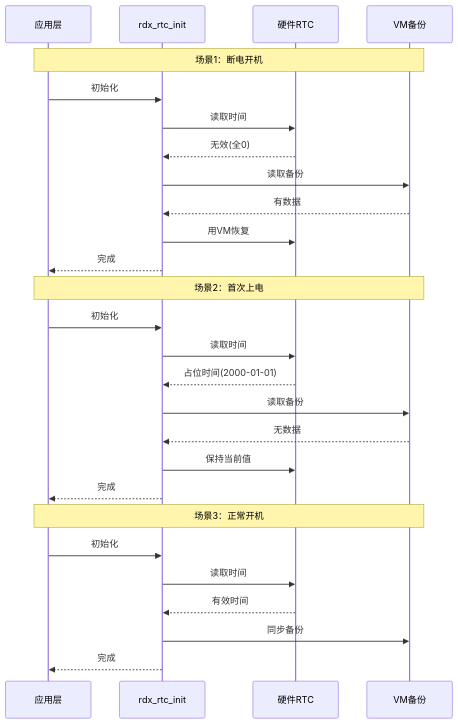
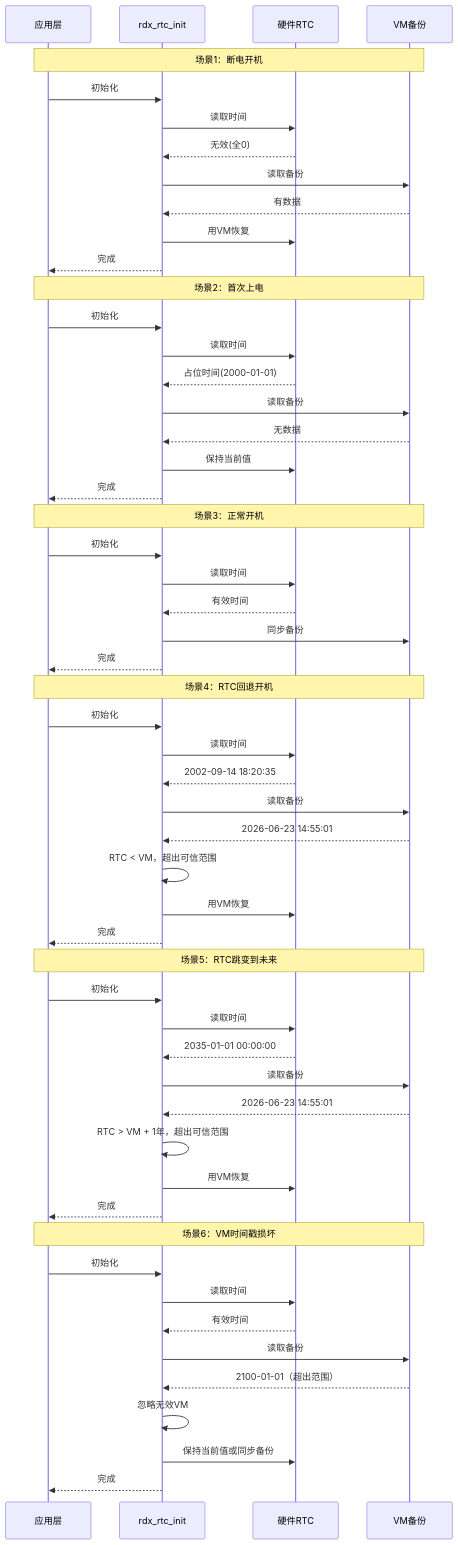
One commit to HK-bruc1/Work-Report changed the fifth of 26 diagrams in 杰理相关/潮汐SDK/1.时钟与RTC/6.RTC的应用最佳实践.md. Above: the diagram before and after it, drawn with Mermaid. The commit also changed other lines of this file and 3 other files, not shown here.

````diff
--- a/杰理相关/潮汐SDK/1.时钟与RTC/6.RTC的应用最佳实践.md
+++ b/杰理相关/潮汐SDK/1.时钟与RTC/6.RTC的应用最佳实践.md
@@ -142,32 +201,62 @@
 ```mermaid
 sequenceDiagram
     participant App as 应用层
     participant Init as rdx_rtc_init
     participant HW as 硬件RTC
     participant VM as VM备份
 
     Note over App,VM: 场景1：断电开机
     App->>Init: 初始化
     Init->>HW: 读取时间
     HW-->>Init: 无效(全0)
     Init->>VM: 读取备份
     VM-->>Init: 有数据
     Init->>HW: 用VM恢复
     Init-->>App: 完成
 
     Note over App,VM: 场景2：首次上电
     App->>Init: 初始化
     Init->>HW: 读取时间
     HW-->>Init: 占位时间(2000-01-01)
     Init->>VM: 读取备份
     VM-->>Init: 无数据
     Init->>HW: 保持当前值
     Init-->>App: 完成
 
     Note over App,VM: 场景3：正常开机
     App->>Init: 初始化
     Init->>HW: 读取时间
     HW-->>Init: 有效时间
     Init->>VM: 同步备份
     Init-->>App: 完成
+
+    Note over App,VM: 场景4：RTC回退开机
+    App->>Init: 初始化
+    Init->>HW: 读取时间
+    HW-->>Init: 2002-09-14 18:20:35
+    Init->>VM: 读取备份
+    VM-->>Init: 2026-06-23 14:55:01
+    Init->>Init: RTC < VM，超出可信范围
+    Init->>HW: 用VM恢复
+    Init-->>App: 完成
+
+    Note over App,VM: 场景5：RTC跳变到未来
+    App->>Init: 初始化
+    Init->>HW: 读取时间
+    HW-->>Init: 2035-01-01 00:00:00
+    Init->>VM: 读取备份
+    VM-->>Init: 2026-06-23 14:55:01
+    Init->>Init: RTC > VM + 1年，超出可信范围
+    Init->>HW: 用VM恢复
+    Init-->>App: 完成
+
+    Note over App,VM: 场景6：VM时间戳损坏
+    App->>Init: 初始化
+    Init->>HW: 读取时间
+    HW-->>Init: 有效时间
+    Init->>VM: 读取备份
+    VM-->>Init: 2100-01-01（超出范围）
+    Init->>Init: 忽略无效VM
+    Init->>HW: 保持当前值或同步备份
+    Init-->>App: 完成
 ```
````
